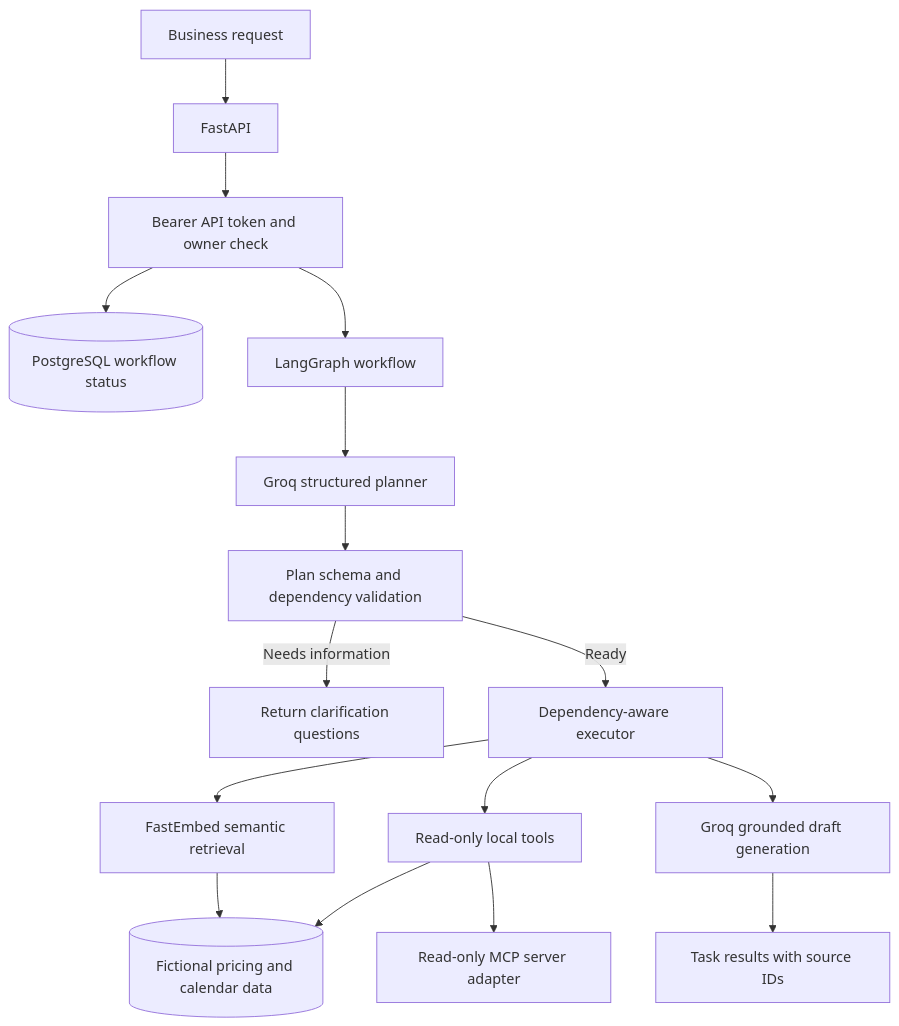
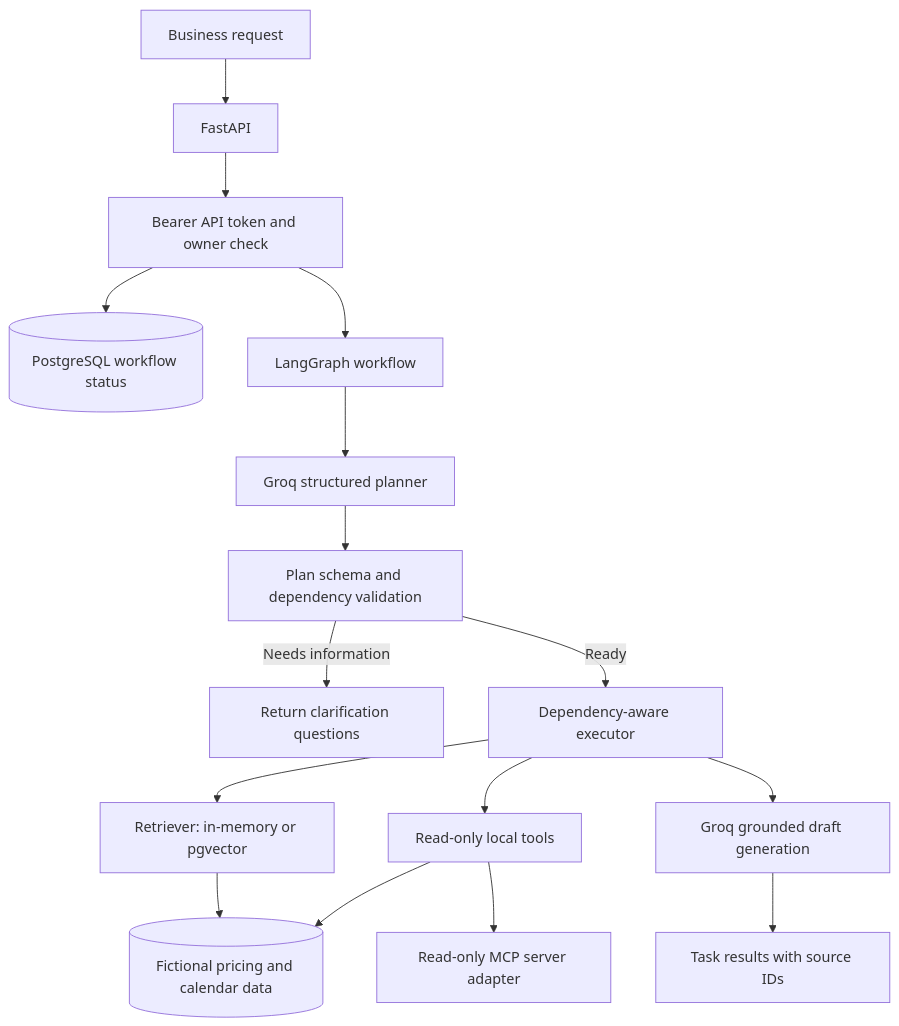
Before and after one commit to Prashil001/WorkFLow-AI: the first of 2 diagrams in README.md, drawn with Mermaid. The commit also changed other lines of this file and 5 other files, not shown here.

````diff
--- a/README.md
+++ b/README.md
@@ -20,18 +32,18 @@
 ```mermaid
 flowchart TD
     R[Business request] --> API[FastAPI]
     API --> AUTH[Bearer API token and owner check]
     AUTH --> DB[(PostgreSQL workflow status)]
     AUTH --> G[LangGraph workflow]
     G --> P[Groq structured planner]
     P --> V[Plan schema and dependency validation]
     V -->|Needs information| Q[Return clarification questions]
     V -->|Ready| X[Dependency-aware executor]
     X --> T[Read-only local tools]
     T --> D[(Fictional pricing and calendar data)]
-    X --> RET[FastEmbed semantic retrieval]
+    X --> RET["Retriever: in-memory or pgvector"]
     RET --> D
     X --> L[Groq grounded draft generation]
     L --> OUT[Task results with source IDs]
     T --> MCP[Read-only MCP server adapter]
 ```
````
